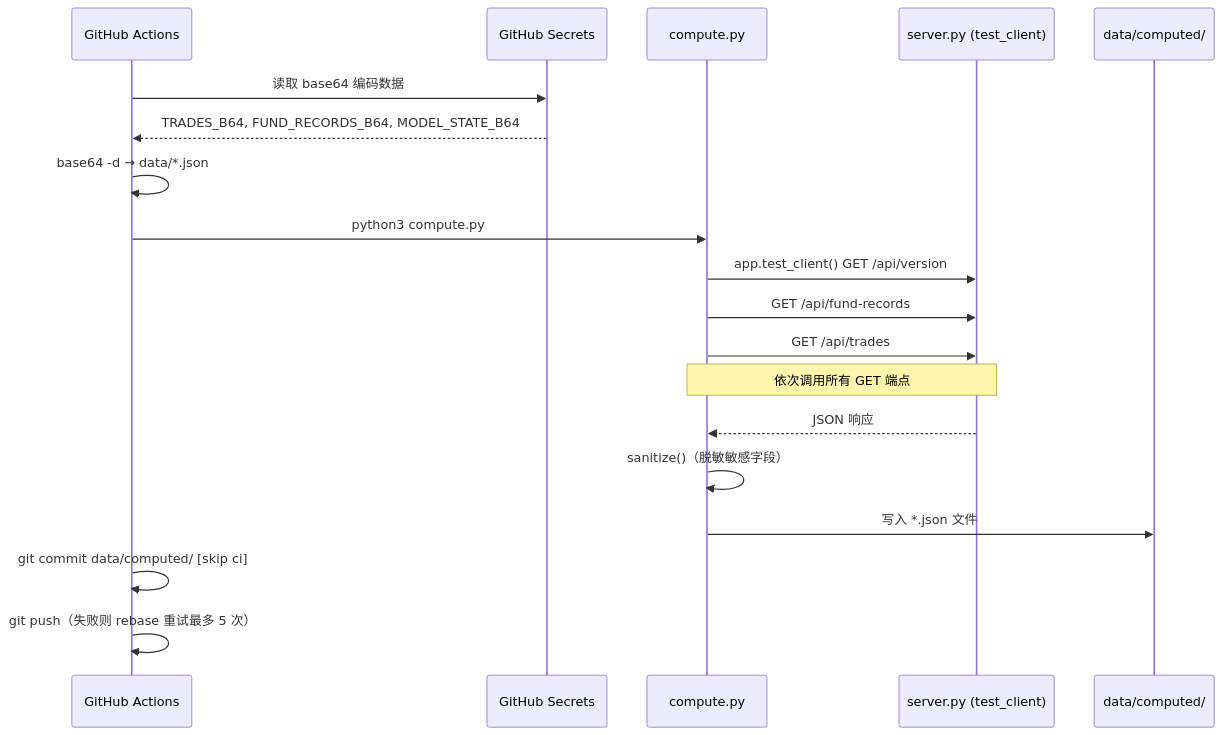
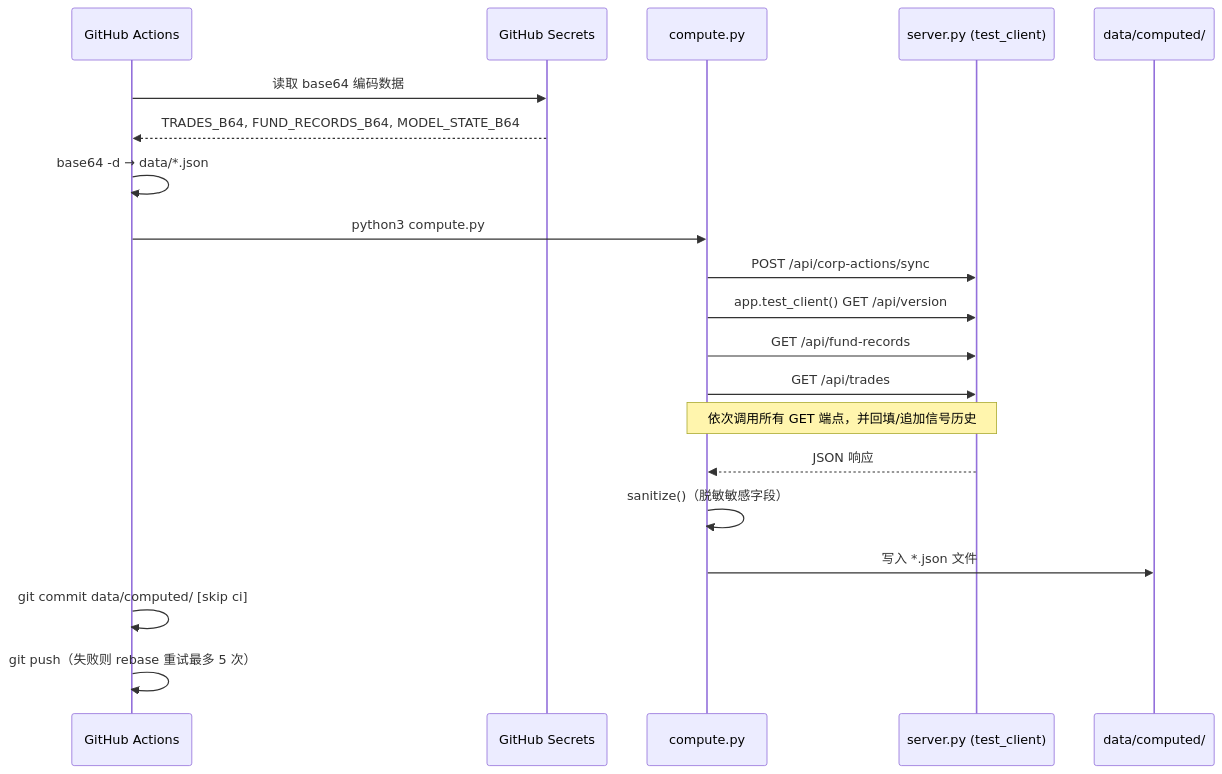
The fourth of 5 diagrams in ARCHITECTURE.md (xiulonnn-crypto/Tianfu_Strategy), drawn with Mermaid before and after one commit. The commit also changed other lines of this file and 19 other files, not shown here.

````diff
--- a/ARCHITECTURE.md
+++ b/ARCHITECTURE.md
@@ -170,22 +202,23 @@
 ```mermaid
 sequenceDiagram
     participant GH as GitHub Actions
     participant Secrets as GitHub Secrets
     participant Compute as compute.py
     participant Server as server.py (test_client)
     participant Computed as data/computed/
 
     GH->>Secrets: 读取 base64 编码数据
     Secrets-->>GH: TRADES_B64, FUND_RECORDS_B64, MODEL_STATE_B64
     GH->>GH: base64 -d → data/*.json
     GH->>Compute: python3 compute.py
+    Compute->>Server: POST /api/corp-actions/sync
     Compute->>Server: app.test_client() GET /api/version
     Compute->>Server: GET /api/fund-records
     Compute->>Server: GET /api/trades
-    Note over Compute,Server: 依次调用所有 GET 端点
+    Note over Compute,Server: 依次调用所有 GET 端点，并回填/追加信号历史
     Server-->>Compute: JSON 响应
     Compute->>Compute: sanitize()（脱敏敏感字段）
     Compute->>Computed: 写入 *.json 文件
     GH->>GH: git commit data/computed/ [skip ci]
     GH->>GH: git push（失败则 rebase 重试最多 5 次）
 ```
````
